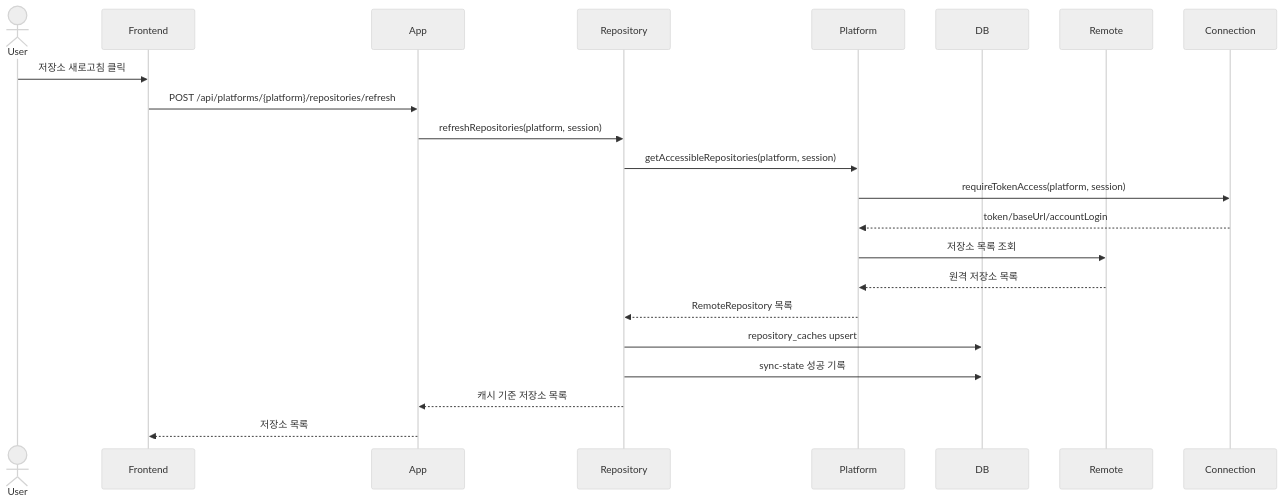
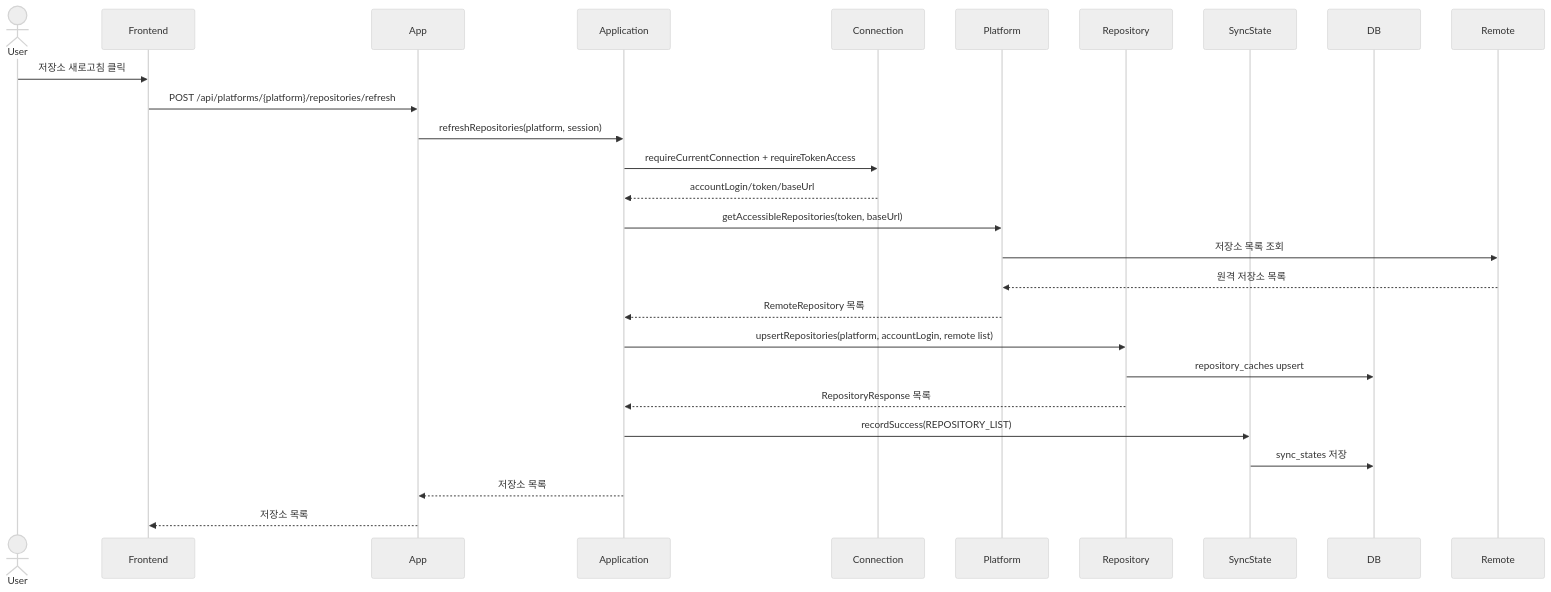
One commit to Jungwoook/github-issue-manager changed the third of 7 diagrams in docs/11-use-case-sequence-diagrams.md. Above: the diagram before and after it, drawn with Mermaid (neutral theme). The commit also changed other lines of this file and 10 other files, not shown here.

````diff
--- a/docs/11-use-case-sequence-diagrams.md
+++ b/docs/11-use-case-sequence-diagrams.md
@@ -120,24 +76,30 @@
 ```mermaid
 sequenceDiagram
     actor User
     participant Frontend
     participant App
+    participant Application
+    participant Connection
+    participant Platform
     participant Repository
-    participant Platform
+    participant SyncState
     participant DB
     participant Remote
 
     User->>Frontend: 저장소 새로고침 클릭
     Frontend->>App: POST /api/platforms/{platform}/repositories/refresh
-    App->>Repository: refreshRepositories(platform, session)
-    Repository->>Platform: getAccessibleRepositories(platform, session)
-    Platform->>Connection: requireTokenAccess(platform, session)
-    Connection-->>Platform: token/baseUrl/accountLogin
+    App->>Application: refreshRepositories(platform, session)
+    Application->>Connection: requireCurrentConnection + requireTokenAccess
+    Connection-->>Application: accountLogin/token/baseUrl
+    Application->>Platform: getAccessibleRepositories(token, baseUrl)
     Platform->>Remote: 저장소 목록 조회
     Remote-->>Platform: 원격 저장소 목록
-    Platform-->>Repository: RemoteRepository 목록
+    Platform-->>Application: RemoteRepository 목록
+    Application->>Repository: upsertRepositories(platform, accountLogin, remote list)
     Repository->>DB: repository_caches upsert
-    Repository->>DB: sync-state 성공 기록
-    Repository-->>App: 캐시 기준 저장소 목록
+    Repository-->>Application: RepositoryResponse 목록
+    Application->>SyncState: recordSuccess(REPOSITORY_LIST)
+    SyncState->>DB: sync_states 저장
+    Application-->>App: 저장소 목록
     App-->>Frontend: 저장소 목록
 ```
````
